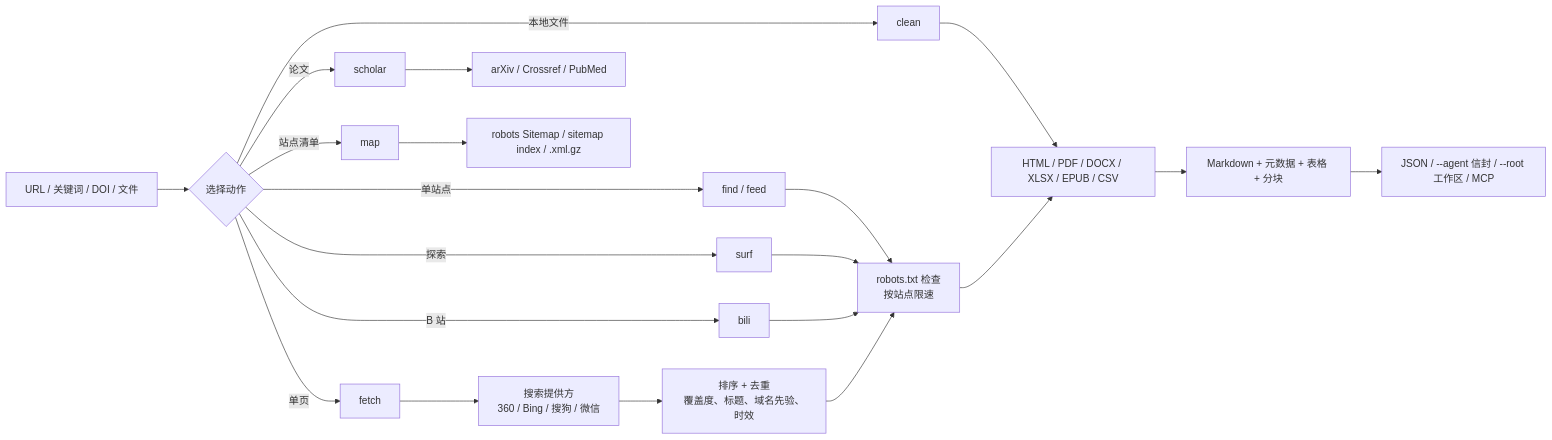
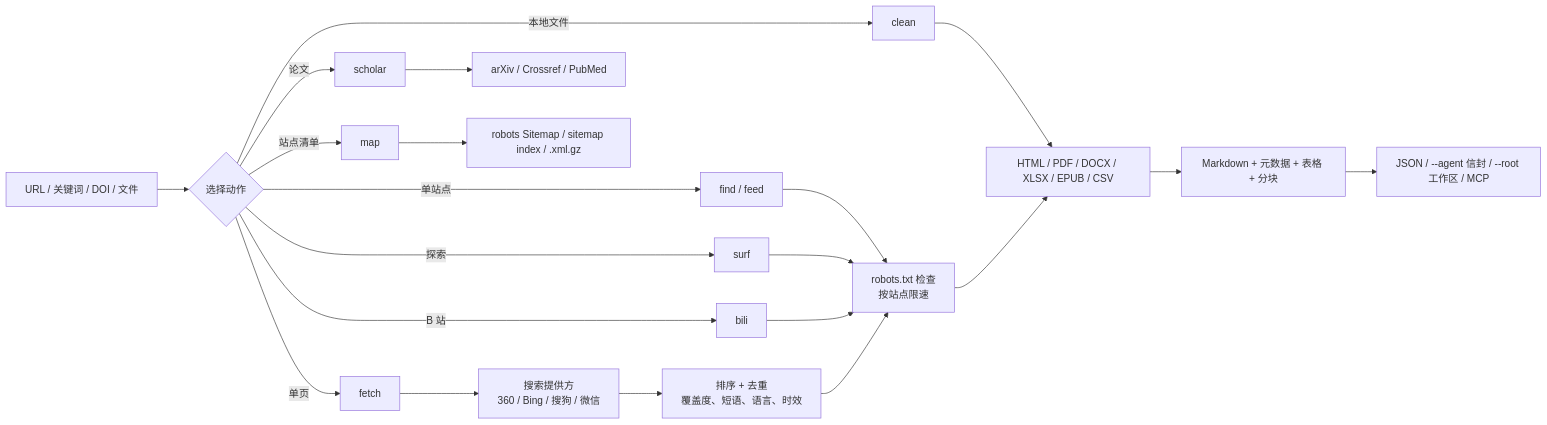
Before and after one commit to JiamingShi-JsPhys/web-forager: the diagram in README_zh.md, drawn with Mermaid. The commit also changed other lines of this file and 67 other files, not shown here.

````diff
--- a/README_zh.md
+++ b/README_zh.md
@@ -247,24 +258,24 @@
 ```mermaid
 flowchart LR
     IN["URL / 关键词 / DOI / 文件"] --> SEL{"选择动作"}
     SEL -->|单页| F["fetch"]
     SEL -->|单站点| FD["find / feed"]
     SEL -->|本地文件| C["clean"]
     SEL -->|论文| S["scholar"]
     SEL -->|站点清单| M["map"]
     SEL -->|探索| W["surf"]
     SEL -->|B 站| B["bili"]
 
     F --> SEARCH["搜索提供方<br/>360 / Bing / 搜狗 / 微信"]
     FD --> HTTP
     C --> EXT["HTML / PDF / DOCX / XLSX / EPUB / CSV"]
     S --> API["arXiv / Crossref / PubMed"]
     M --> SM["robots Sitemap / sitemap index / .xml.gz"]
     W --> HTTP
     B --> HTTP
-    SEARCH --> RANK["排序 + 去重<br/>覆盖度、标题、域名先验、时效"]
+    SEARCH --> RANK["排序 + 去重<br/>覆盖度、短语、语言、时效"]
     RANK --> HTTP["robots.txt 检查<br/>按站点限速"]
     HTTP --> EXT
     EXT --> MD["Markdown + 元数据 + 表格 + 分块"]
     MD --> OUT["JSON / --agent 信封 / --root 工作区 / MCP"]
 ```
````
